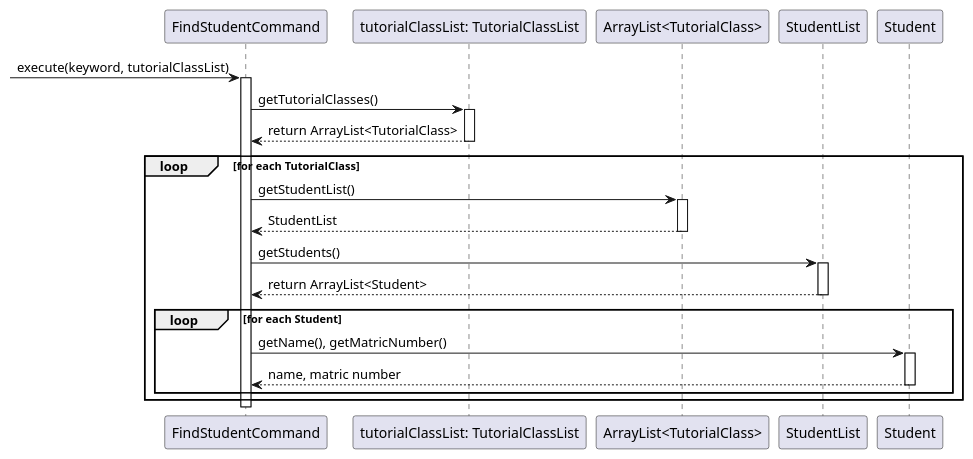
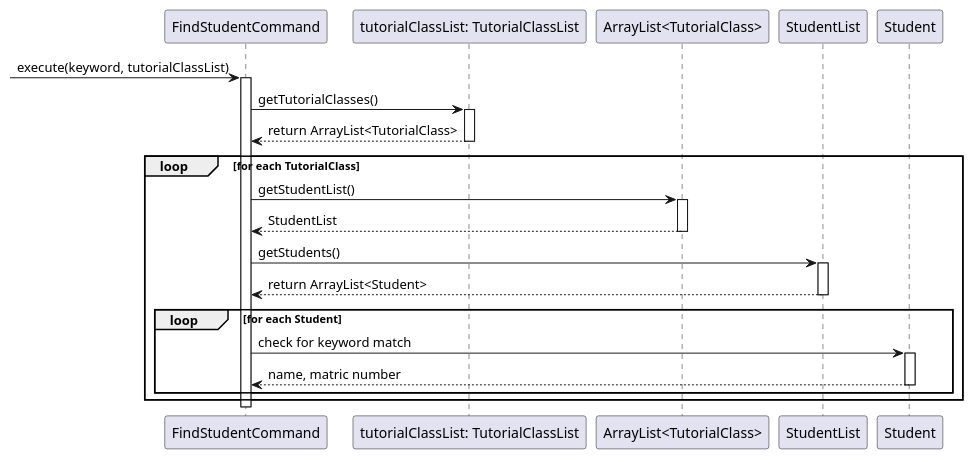
Before and after one commit to wongyihao02/tp: the diagram in docs/diagrams/studentcommands/FindStudentCommandSequenceDiagram.puml, drawn with PlantUML. The commit also changed 22 other files, not shown here.

Commit message:
Update sequence diagrams in DG

```diff
--- a/docs/diagrams/studentcommands/FindStudentCommandSequenceDiagram.puml
+++ b/docs/diagrams/studentcommands/FindStudentCommandSequenceDiagram.puml
@@ -1,41 +1,41 @@
 @startuml
 
 participant "FindStudentCommand" as FSC
 participant "tutorialClassList: TutorialClassList" as TCL
 participant "ArrayList<TutorialClass>" as TC
 participant "StudentList" as SL
 participant "Student" as S
 
 -> FSC: execute(keyword, tutorialClassList)
 activate FSC
 
     FSC -> TCL: getTutorialClasses()
     activate TCL
     TCL --> FSC: return ArrayList<TutorialClass>
     deactivate TCL
 
     loop for each TutorialClass
         FSC -> TC: getStudentList()
         activate TC
         TC --> FSC: StudentList
         deactivate TC
 
         FSC -> SL: getStudents()
         activate SL
         SL --> FSC: return ArrayList<Student>
         deactivate SL
 
         loop for each Student
-            FSC -> S: getName(), getMatricNumber()
+            FSC -> S: check for keyword match
             activate S
             S --> FSC: name, matric number
             deactivate S
 
 
         end
     end
 
 
     deactivate FSC
 
 @enduml
```
